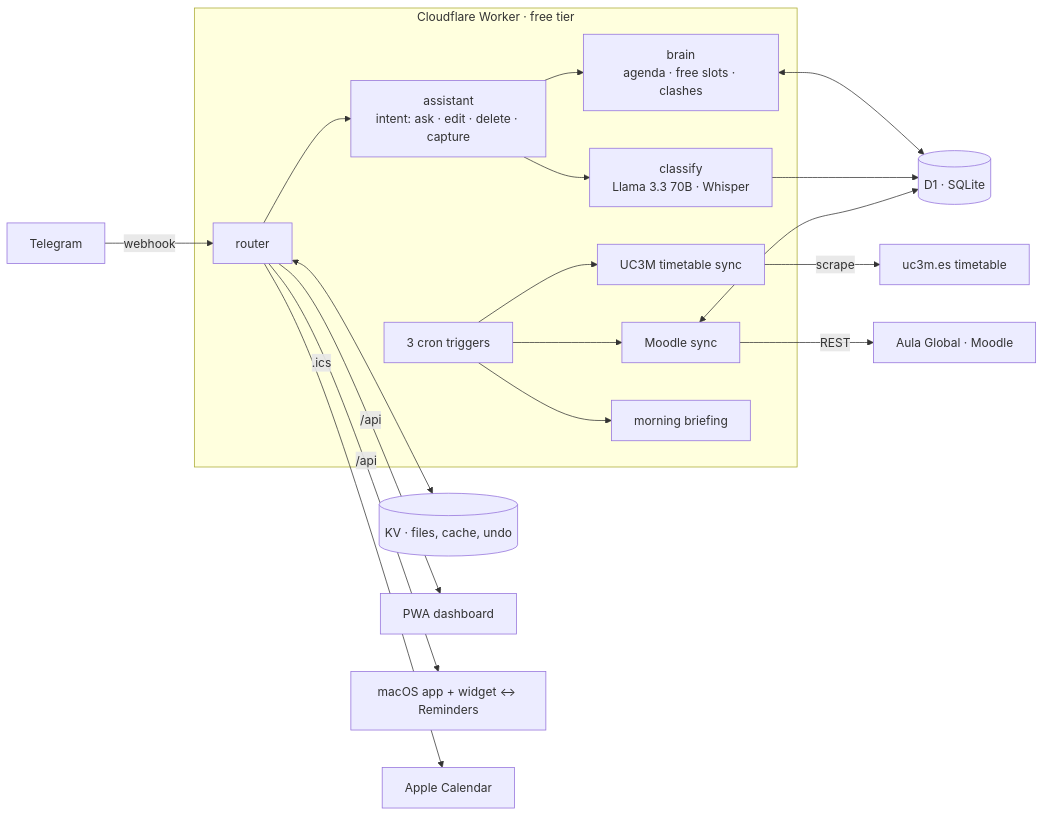
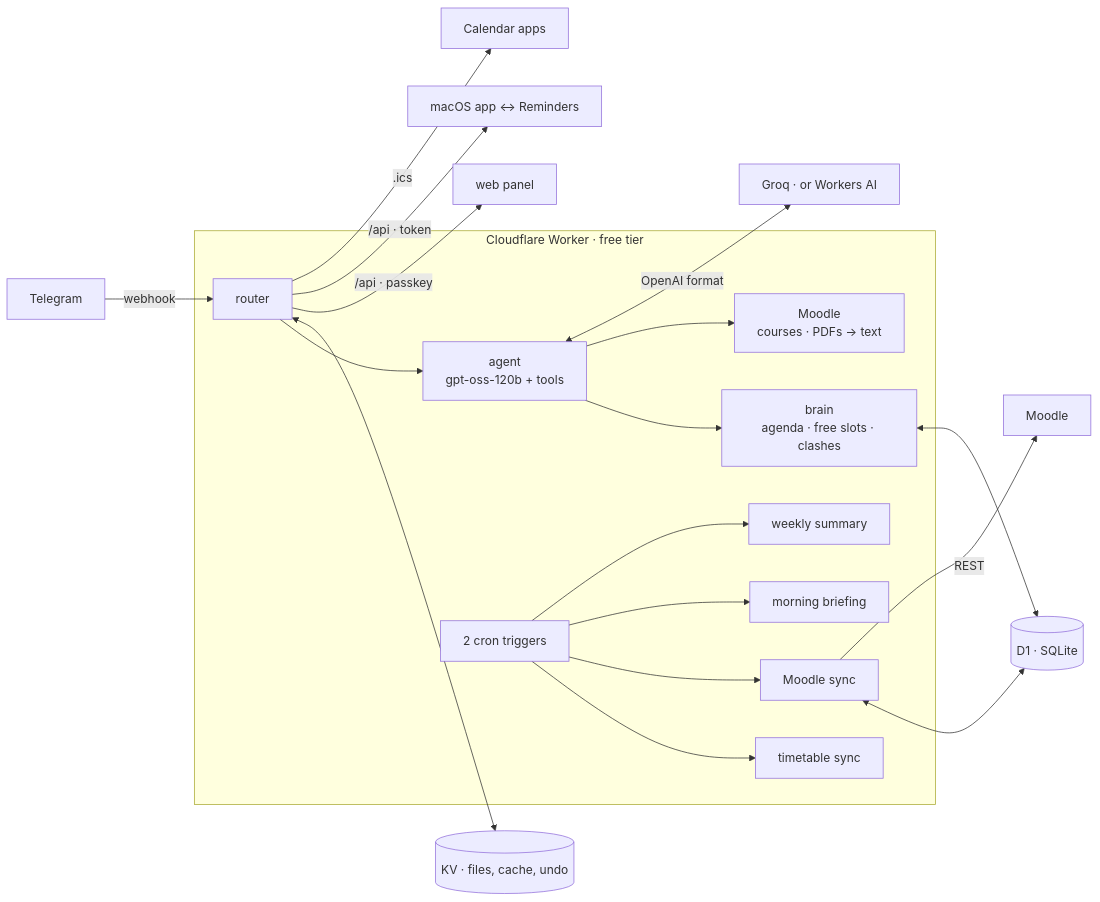
One commit to alvaarocl/taskbot changed the diagram in README.md. Above: the diagram before and after it, drawn with Mermaid. The commit also changed other lines of this file and 62 other files, not shown here.

````diff
--- a/README.md
+++ b/README.md
@@ -53,21 +60,21 @@
 ```mermaid
 flowchart LR
   TG[Telegram] -->|webhook| W
   subgraph CF[Cloudflare Worker · free tier]
-    W[router] --> A[assistant<br/>intent: ask · edit · delete · capture]
-    A --> C[classify<br/>Llama 3.3 70B · Whisper]
-    A --> B[brain<br/>agenda · free slots · clashes]
-    CR[3 cron triggers] --> S[UC3M timetable sync]
+    W[router] --> AG[agent<br/>gpt-oss-120b + tools]
+    AG --> B[brain<br/>agenda · free slots · clashes]
+    AG --> MO[Moodle<br/>courses · PDFs → text]
+    CR[2 cron triggers] --> S[timetable sync]
     CR --> M[Moodle sync]
     CR --> R[morning briefing]
+    CR --> WK[weekly summary]
   end
+  AG <-->|OpenAI format| LLM[Groq · or Workers AI]
   B <--> D1[(D1 · SQLite)]
-  C --> D1
   M <--> D1
   W <--> KV[(KV · files, cache, undo)]
-  S -->|scrape| UC[uc3m.es timetable]
-  M -->|REST| AG[Aula Global · Moodle]
-  W -->|/api| P[PWA dashboard]
-  W -->|/api| MAC[macOS app + widget ↔ Reminders]
-  W -->|.ics| CAL[Apple Calendar]
+  M -->|REST| MD[Moodle]
+  W -->|/api · passkey| P[web panel]
+  W -->|/api · token| MAC[macOS app ↔ Reminders]
+  W -->|.ics| CAL[Calendar apps]
 ```
````
